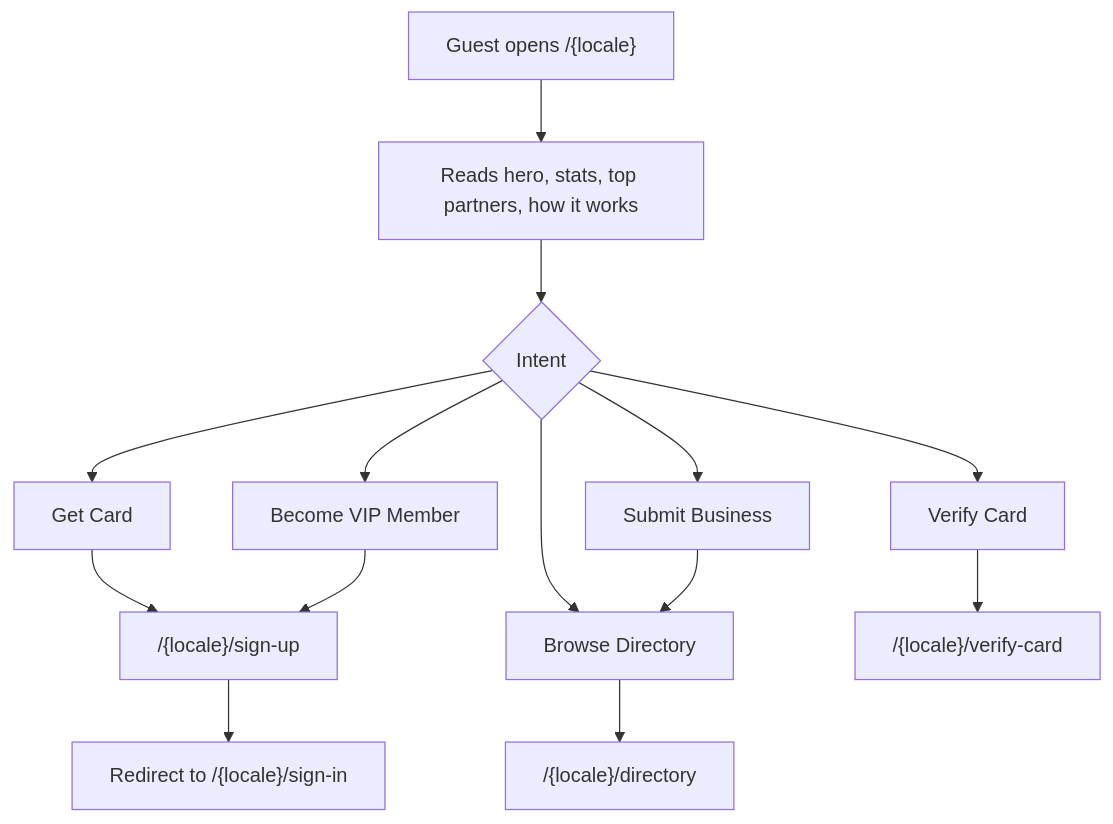
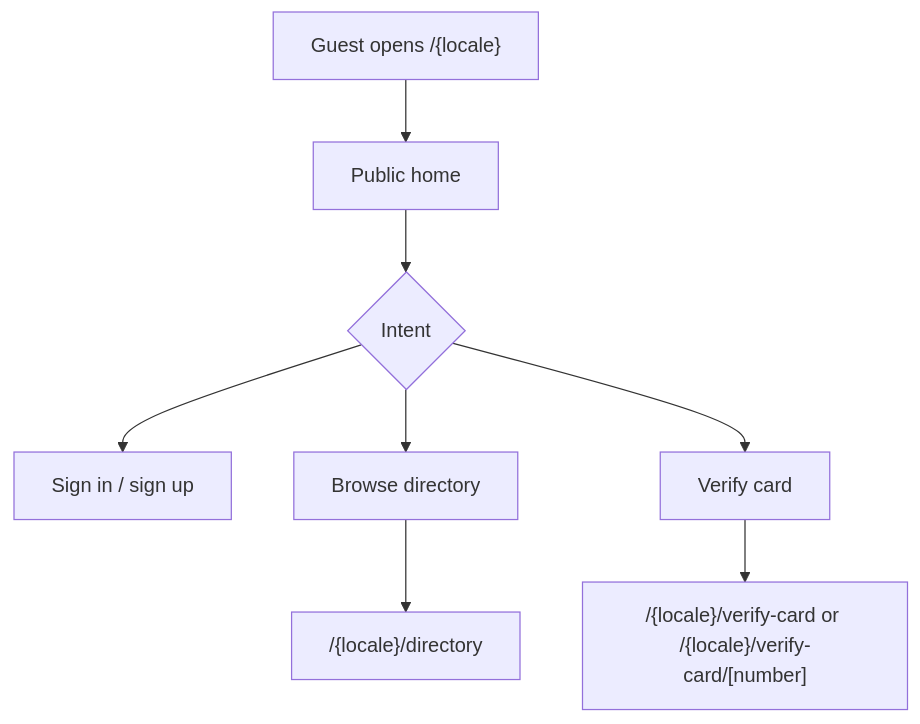
The first of 7 diagrams in docs/user-flows.md (GeorgiySergeev/kylyvnyk-buisness-club), drawn with Mermaid before and after one commit. The commit also changed other lines of this file and 15 other files, not shown here.

````diff
--- a/docs/user-flows.md
+++ b/docs/user-flows.md
@@ -55,17 +20,10 @@
 ```mermaid
 flowchart TD
-  A["Guest opens /{locale}"] --> B["Reads hero, stats, top partners, how it works"]
+  A["Guest opens /{locale}"] --> B["Public home"]
   B --> C{"Intent"}
-  C --> D["Get Card"]
-  C --> E["Become VIP Member"]
-  C --> F["Submit Business"]
-  C --> G["Browse Directory"]
-  C --> H["Verify Card"]
-
-  D --> I["/{locale}/sign-up"]
-  E --> I
-  I --> J["Redirect to /{locale}/sign-in"]
-  F --> G
-  G --> K["/{locale}/directory"]
-  H --> L["/{locale}/verify-card"]
+  C --> D["Sign in / sign up"]
+  C --> E["Browse directory"]
+  C --> F["Verify card"]
+  E --> G["/{locale}/directory"]
+  F --> H["/{locale}/verify-card or /{locale}/verify-card/[number]"]
 ```
````
